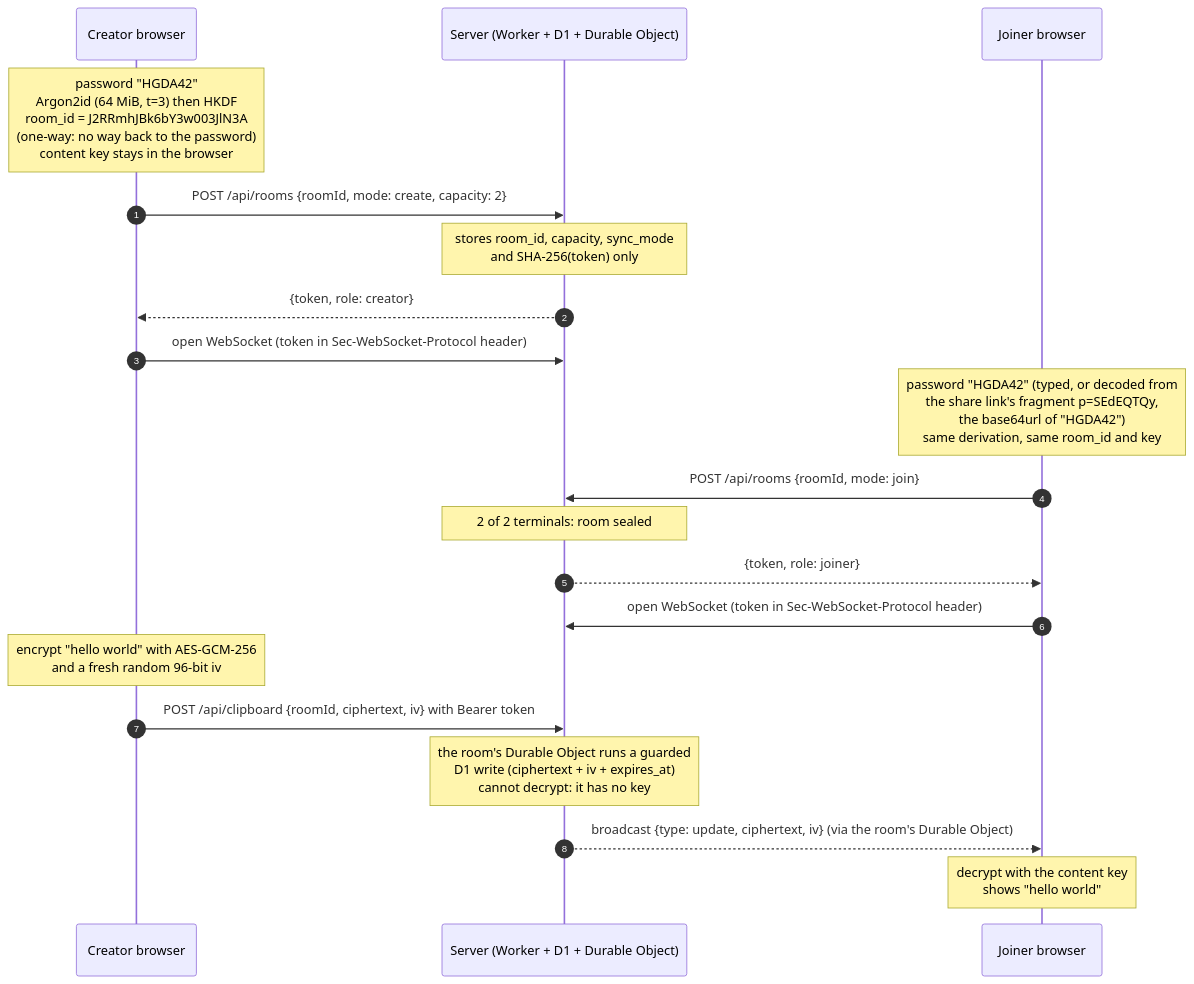
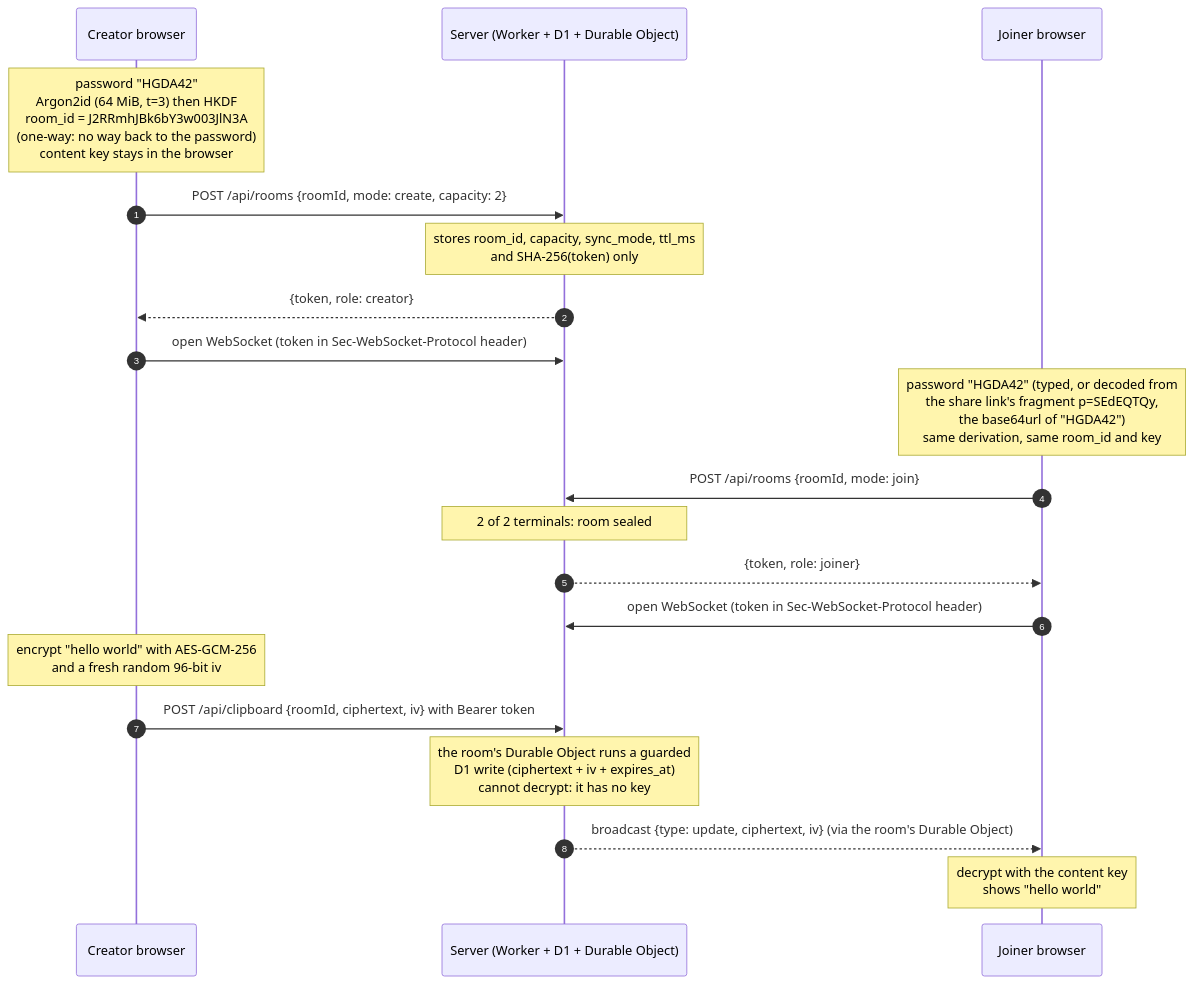
The diagram in README.md (JaimeMartinSoler/clipboard-sharing-online), drawn with Mermaid before and after one commit. The commit also changed other lines of this file and 18 other files, not shown here.

First line of the commit message:
Make the room TTL a creator-owned room property

````diff
--- a/README.md
+++ b/README.md
@@ -122,25 +123,25 @@
 ```mermaid
 sequenceDiagram
     autonumber
     participant C as Creator browser
     participant S as Server (Worker + D1 + Durable Object)
     participant J as Joiner browser
 
     Note over C: password "HGDA42"<br/>Argon2id (64 MiB, t=3) then HKDF<br/>room_id = J2RRmhJBk6bY3w003JlN3A<br/>(one-way: no way back to the password)<br/>content key stays in the browser
     C->>S: POST /api/rooms {roomId, mode: create, capacity: 2}
-    Note over S: stores room_id, capacity, sync_mode<br/>and SHA-256(token) only
+    Note over S: stores room_id, capacity, sync_mode, ttl_ms<br/>and SHA-256(token) only
     S-->>C: {token, role: creator}
     C->>S: open WebSocket (token in Sec-WebSocket-Protocol header)
 
     Note over J: password "HGDA42" (typed, or decoded from<br/>the share link's fragment p=SEdEQTQy,<br/>the base64url of "HGDA42")<br/>same derivation, same room_id and key
     J->>S: POST /api/rooms {roomId, mode: join}
     Note over S: 2 of 2 terminals: room sealed
     S-->>J: {token, role: joiner}
     J->>S: open WebSocket (token in Sec-WebSocket-Protocol header)
 
     Note over C: encrypt "hello world" with AES-GCM-256<br/>and a fresh random 96-bit iv
     C->>S: POST /api/clipboard {roomId, ciphertext, iv} with Bearer token
     Note over S: the room's Durable Object runs a guarded<br/>D1 write (ciphertext + iv + expires_at)<br/>cannot decrypt: it has no key
     S-->>J: broadcast {type: update, ciphertext, iv} (via the room's Durable Object)
     Note over J: decrypt with the content key<br/>shows "hello world"
 ```
````
